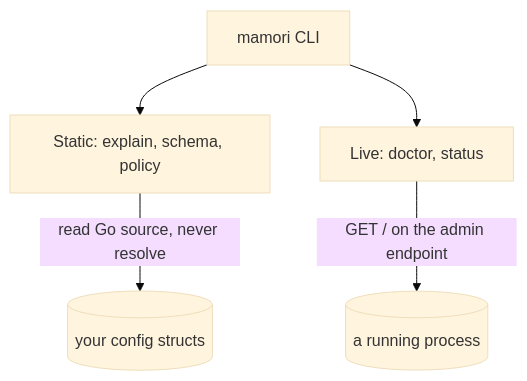
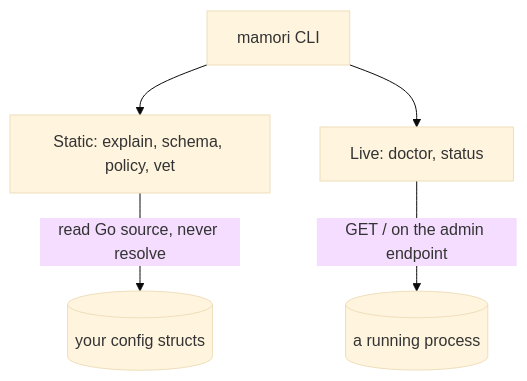
The diagram in site/src/pages/docs/cli/index.md (xavidop/mamori), drawn with Mermaid (base theme) before and after one commit. The commit also changed other lines of this file and 65 other files, not shown here.

````diff
--- a/site/src/pages/docs/cli/index.md
+++ b/site/src/pages/docs/cli/index.md
@@ -13,8 +13,8 @@
 ```mermaid
 flowchart TD
   CLI[mamori CLI]
-  CLI --> S["Static: explain, schema, policy"]
+  CLI --> S["Static: explain, schema, policy, vet"]
   CLI --> L["Live: doctor, status"]
   S -->|"read Go source, never resolve"| Src[("your config structs")]
   L -->|"GET / on the admin endpoint"| Proc[("a running process")]
 ```
````
